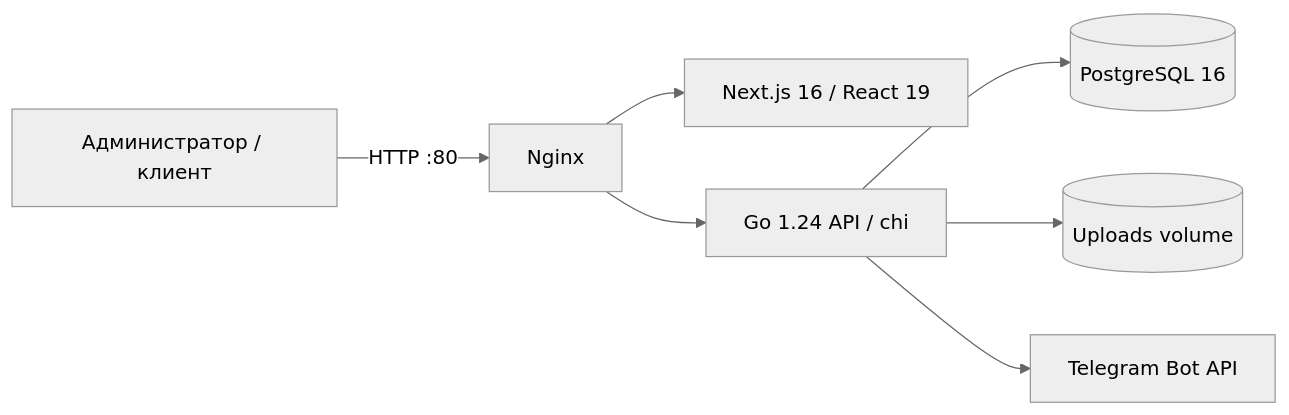
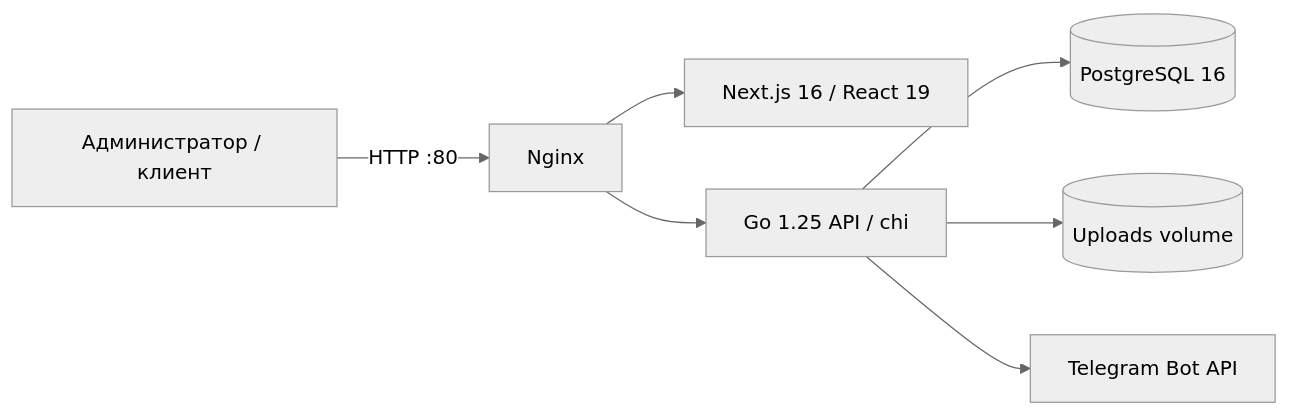
The diagram in README.md (yuliitezarygml/3d-print), drawn with Mermaid (neutral theme) before and after one commit. The commit also changed other lines of this file and 8 other files, not shown here.

````diff
--- a/README.md
+++ b/README.md
@@ -172,9 +172,9 @@
 ```mermaid
 flowchart LR
     U[Администратор / клиент] -->|HTTP :80| N[Nginx]
     N --> F[Next.js 16 / React 19]
-    N --> B[Go 1.24 API / chi]
+    N --> B[Go 1.25 API / chi]
     B --> P[(PostgreSQL 16)]
     B --> V[(Uploads volume)]
     B --> T[Telegram Bot API]
 ```
````
